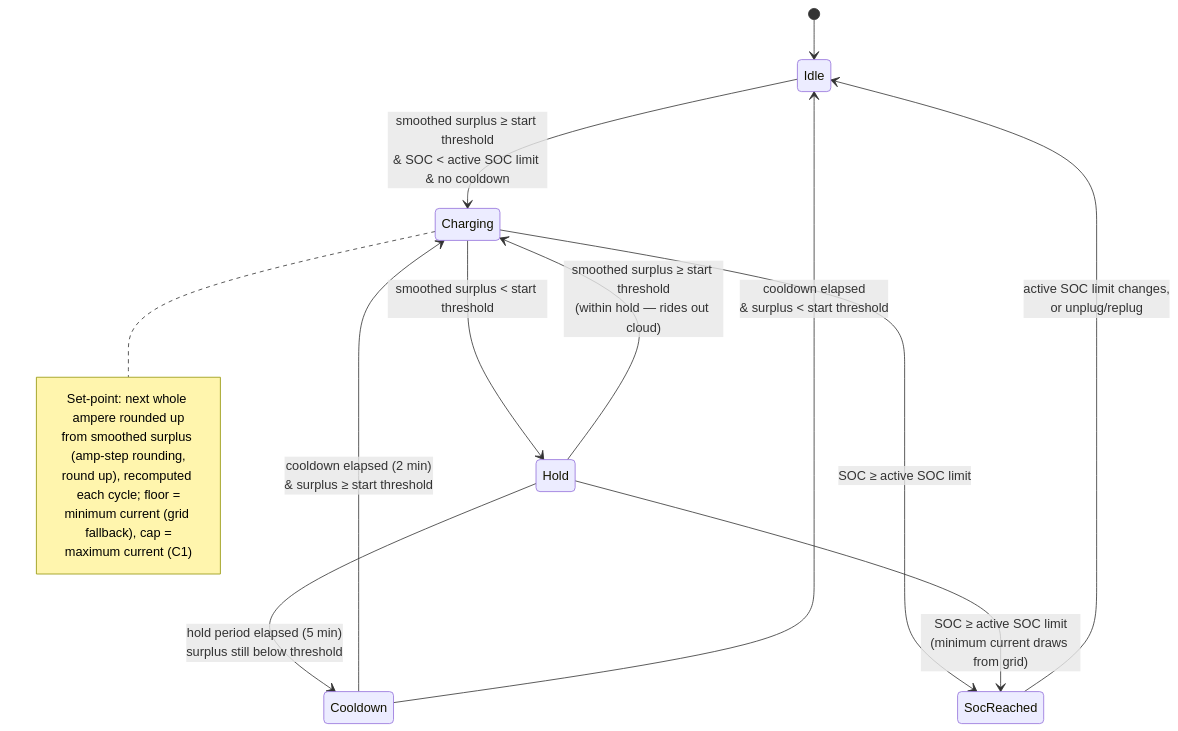
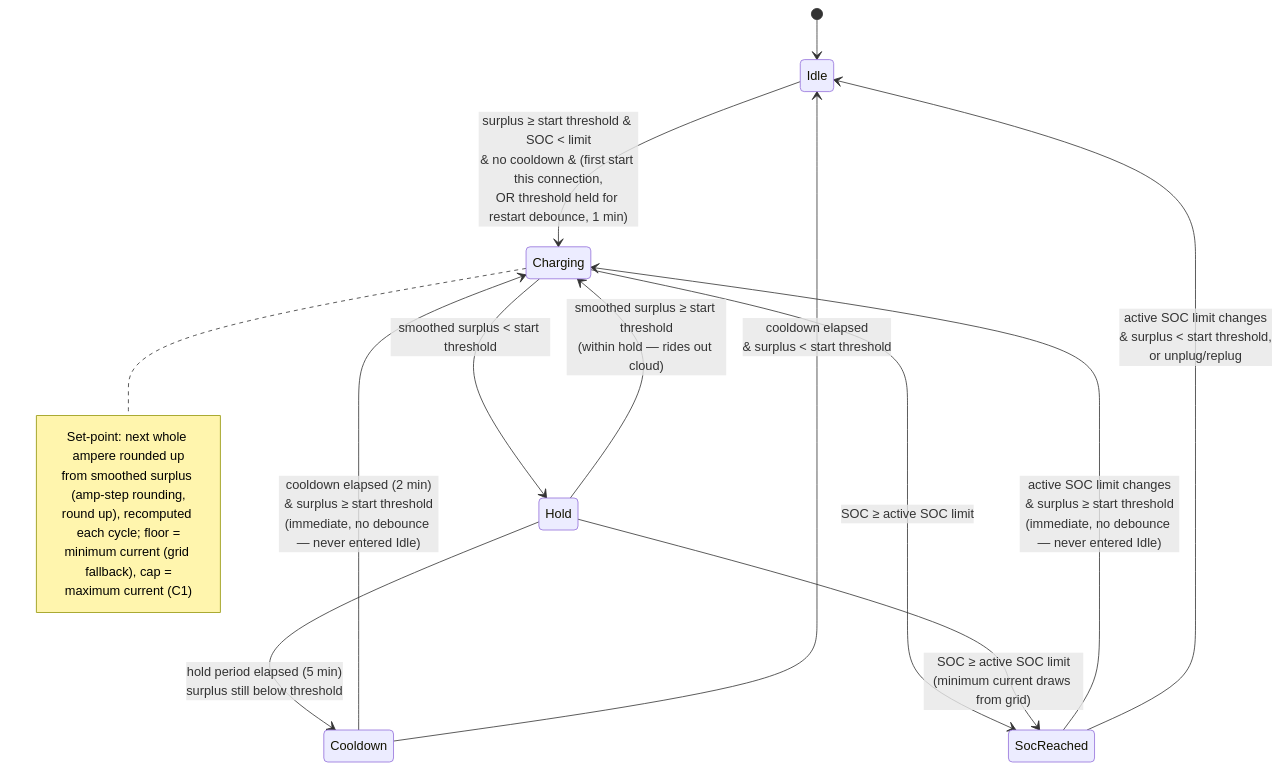
The diagram in docs/analysis/use-cases/UC01-charge-from-solar-surplus.md (kristofdegrave/homeassistant-smart-charging), drawn with Mermaid before and after one commit. The commit also changed other lines of this file and 9 other files, not shown here.

First line of the commit message:
docs: add a restart debounce to the solar modes' start condition (#756)

````diff
--- a/docs/analysis/use-cases/UC01-charge-from-solar-surplus.md
+++ b/docs/analysis/use-cases/UC01-charge-from-solar-surplus.md
@@ -101,20 +120,21 @@
 ```mermaid
 stateDiagram-v2
     [*] --> Idle
-    Idle --> Charging: smoothed surplus ≥ start threshold<br/>& SOC < active SOC limit & no cooldown
+    Idle --> Charging: surplus ≥ start threshold & SOC < limit<br/>& no cooldown & (first start this connection,<br/>OR threshold held for restart debounce, 1 min)
     Charging --> Hold: smoothed surplus < start threshold
     Hold --> Charging: smoothed surplus ≥ start threshold<br/>(within hold — rides out cloud)
     Hold --> Cooldown: hold period elapsed (5 min)<br/>surplus still below threshold
     Charging --> SocReached: SOC ≥ active SOC limit
     Hold --> SocReached: SOC ≥ active SOC limit<br/>(minimum current draws from grid)
-    Cooldown --> Charging: cooldown elapsed (2 min)<br/>& surplus ≥ start threshold
+    Cooldown --> Charging: cooldown elapsed (2 min)<br/>& surplus ≥ start threshold<br/>(immediate, no debounce — never entered Idle)
     Cooldown --> Idle: cooldown elapsed<br/>& surplus < start threshold
-    SocReached --> Idle: active SOC limit changes,<br/>or unplug/replug
+    SocReached --> Charging: active SOC limit changes<br/>& surplus ≥ start threshold<br/>(immediate, no debounce — never entered Idle)
+    SocReached --> Idle: active SOC limit changes<br/>& surplus < start threshold,<br/>or unplug/replug
     note right of Charging
         Set-point: next whole ampere rounded up
         from smoothed surplus (amp-step rounding,
         round up), recomputed each cycle; floor =
         minimum current (grid fallback), cap =
         maximum current (C1)
     end note
 ```
````
